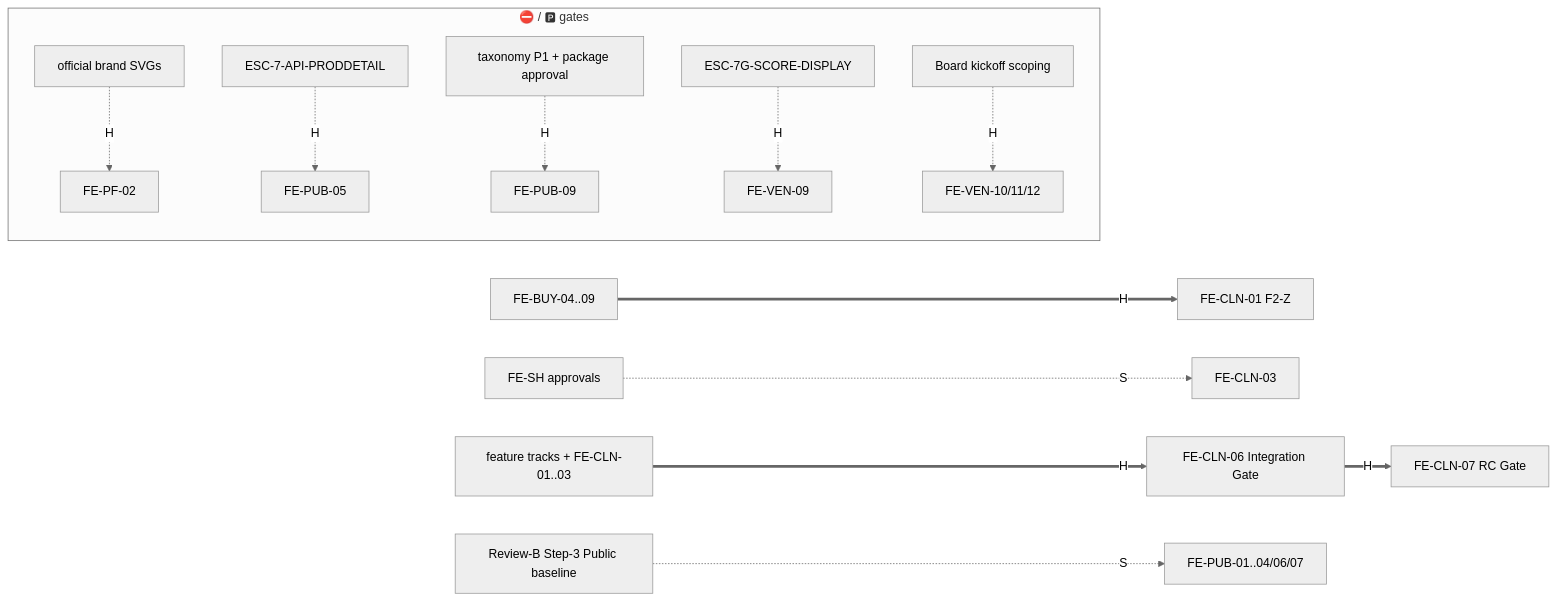
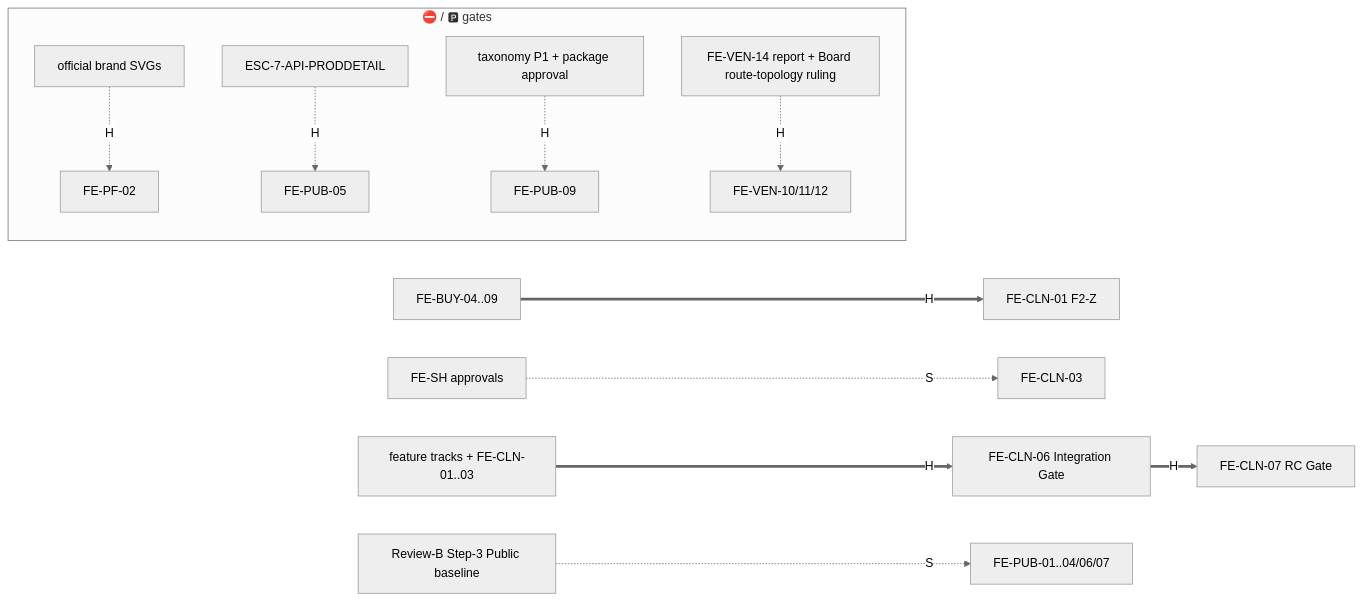
Before and after one commit to ivendorz-phase/ivendorz: the diagram in project-management/fe-program-wbs.md, drawn with Mermaid (neutral theme). The commit also changed other lines of this file and 2 other files, not shown here.

````diff
--- a/project-management/fe-program-wbs.md
+++ b/project-management/fe-program-wbs.md
@@ -140,15 +141,14 @@
 ```mermaid
 flowchart LR
   subgraph gates["⛔ / 🅿 gates"]
     SVG["official brand SVGs"] -.H.-> PF02["FE-PF-02"]
     PD["ESC-7-API-PRODDETAIL"] -.H.-> PUB05["FE-PUB-05"]
     TAX["taxonomy P1 + package approval"] -.H.-> PUB09["FE-PUB-09"]
-    SD["ESC-7G-SCORE-DISPLAY"] -.H.-> VEN09["FE-VEN-09"]
-    KS["Board kickoff scoping"] -.H.-> VEN10["FE-VEN-10/11/12"]
+    KS["FE-VEN-14 report + Board route-topology ruling"] -.H.-> VEN10["FE-VEN-10/11/12"]
   end
   BUY["FE-BUY-04..09"] ==H==> CLN01["FE-CLN-01 F2-Z"]
   SH["FE-SH approvals"] -.S.-> CLN03["FE-CLN-03"]
   FEAT["feature tracks + FE-CLN-01..03"] ==H==> CLN06["FE-CLN-06 Integration Gate"]
   CLN06 ==H==> CLN07["FE-CLN-07 RC Gate"]
   S3["Review-B Step-3 Public baseline"] -.S.-> PUBS["FE-PUB-01..04/06/07"]
 ```
````
